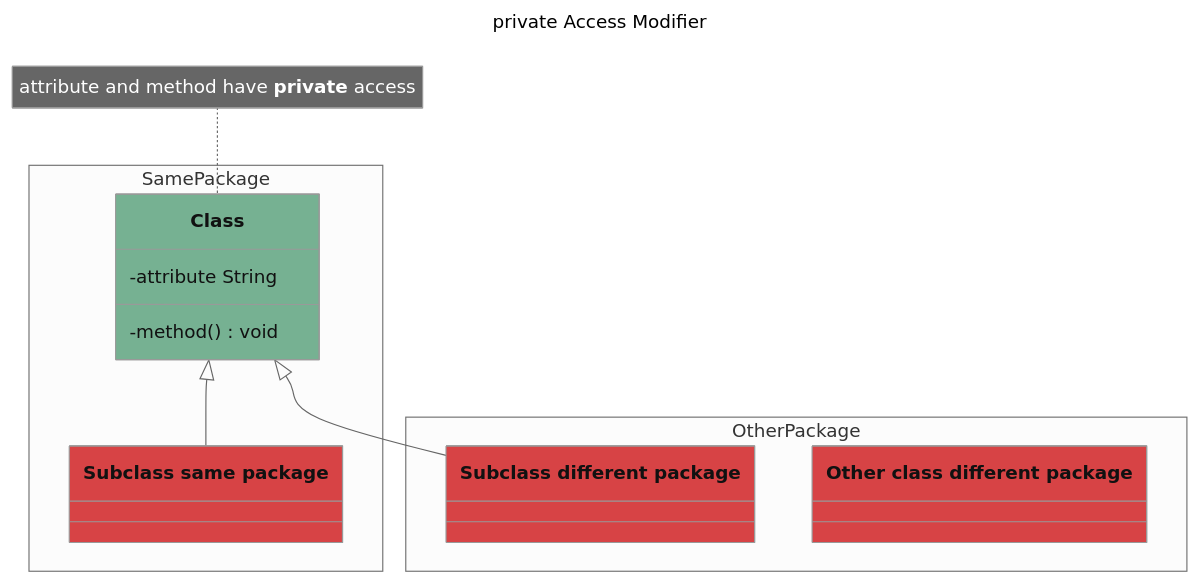
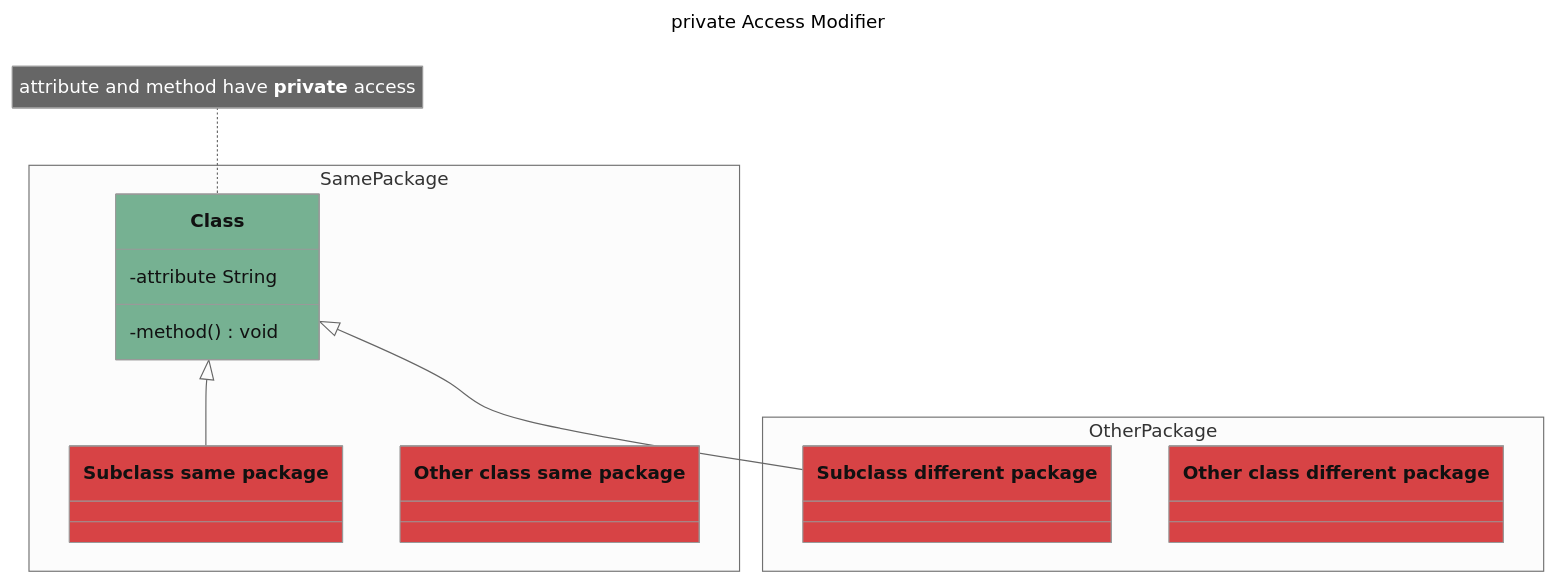
The second of 6 diagrams in README.md (ebouchut-laplateforme/java-fundamentals), drawn with Mermaid (neutral theme) before and after one commit. The commit also changed other lines of this file, not shown here.

First line of the commit message:
docs(README): Add a missing case to the access modifiers class diagrams

````diff
--- a/README.md
+++ b/README.md
@@ -70,31 +72,32 @@
 ```mermaid
 ---
 title: private Access Modifier
 ---
 classDiagram
     direction TB
     
     namespace SamePackage {
         class Class:::can_access {
             -attribute String
             -method()  void
         }
         class Subclass["Subclass same package"]:::cannot_access {
         }
+        class OtherClassSamePackage["Other class same package"]:::cannot_access {
+        }
     }
     note for Class "attribute and method have **private** access"
     Class <|-- Subclass
     
     namespace OtherPackage {
         class SubclassOtherPackage["Subclass different package"]:::cannot_access {
         }
         class ClassOtherPackage["Other class different package"]:::cannot_access {
-            
         }
     }
     Class <|-- SubclassOtherPackage
     
     
     classDef can_access    fill:#76B192
     classDef cannot_access fill:#D74345
 ```
````
